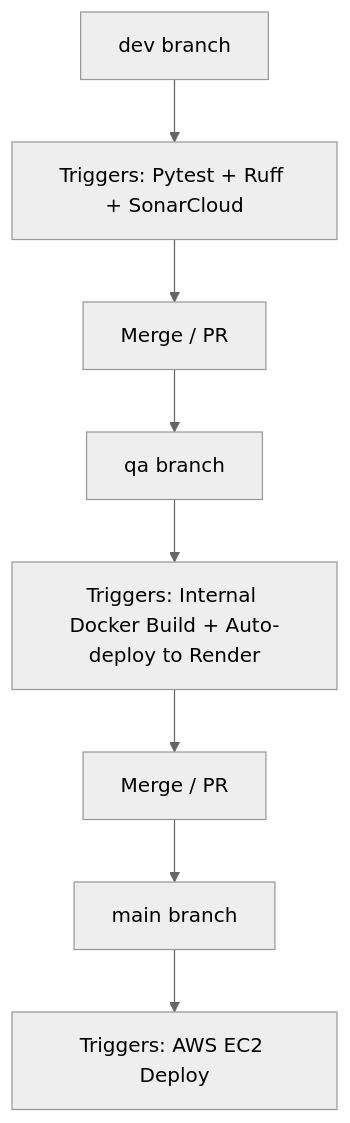
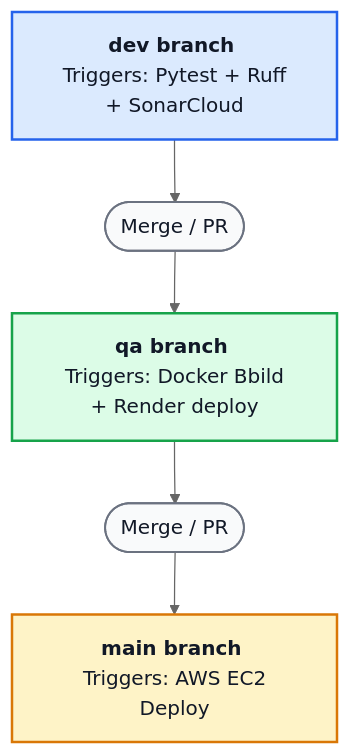
The diagram in README.md (jjce77/cicd-python-project), drawn with Mermaid (neutral theme) before and after one commit. The commit also changed other lines of this file, not shown here.

Commit message:
docs: udpdate README

````diff
--- a/README.md
+++ b/README.md
@@ -32,10 +33,20 @@
 ```mermaid
 flowchart TD
-    A[dev branch] --> B[Triggers: Pytest + Ruff + SonarCloud]
-    B --> C[Merge / PR]
-    C --> D[qa branch]
-    D --> E[Triggers: Internal Docker Build + Auto-deploy to Render]
-    E --> F[Merge / PR]
-    F --> G[main branch]
-    G --> H[Triggers: AWS EC2 Deploy]
+    A[<b>dev branch</b> \n Triggers: Pytest + Ruff + SonarCloud] --> C([Merge / PR])
+    C --> D[<b>qa branch</b> \n Triggers: Docker Bbild + Render deploy]
+    D --> F([Merge / PR])
+    F --> G[<b>main branch</b> \n Triggers: AWS EC2 Deploy]
+
+
+    classDef dev fill:#dbeafe,stroke:#2563eb,stroke-width:2px,color:#111827;
+    classDef qa fill:#dcfce7,stroke:#16a34a,stroke-width:2px,color:#111827;
+    classDef main fill:#fef3c7,stroke:#d97706,stroke-width:2px,color:#111827;
+    classDef step fill:#f9fafb,stroke:#6b7280,stroke-width:1.5px,color:#111827;
+
+    class A dev;
+    class B,C step;
+    class D qa;
+    class E,F step;
+    class G main;
+    class H step;
 ```
````
